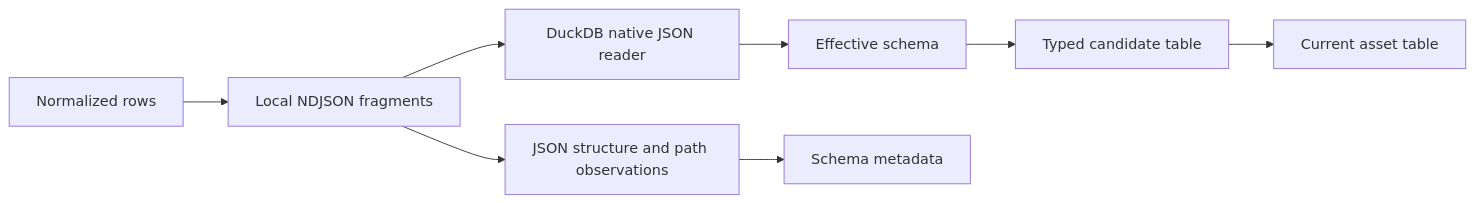
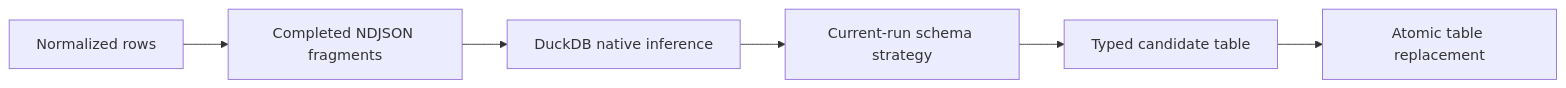
The diagram in docs/schema-inference.md (RFARQ3/assquack), drawn with Mermaid before and after one commit. The commit also changed other lines of this file and 17 other files, not shown here.

First line of the commit message:
feat(schema): infer replacement tables from current-run fragments

````diff
--- a/docs/schema-inference.md
+++ b/docs/schema-inference.md
@@ -9,10 +8,8 @@
 ```mermaid
 flowchart LR
-  Rows[Normalized rows] --> Fragments[Local NDJSON fragments]
-  Fragments --> Reader[DuckDB native JSON reader]
-  Fragments --> Observe[JSON structure and path observations]
-  Reader --> Resolve[Effective schema]
-  Observe --> Metadata[Schema metadata]
-  Resolve --> Candidate[Typed candidate table]
-  Candidate --> Current[Current asset table]
+  Rows[Normalized rows] --> Fragments[Completed NDJSON fragments]
+  Fragments --> Reader[DuckDB native inference]
+  Reader --> Strategy[Current-run schema strategy]
+  Strategy --> Candidate[Typed candidate table]
+  Candidate --> Current[Atomic table replacement]
 ```
````
